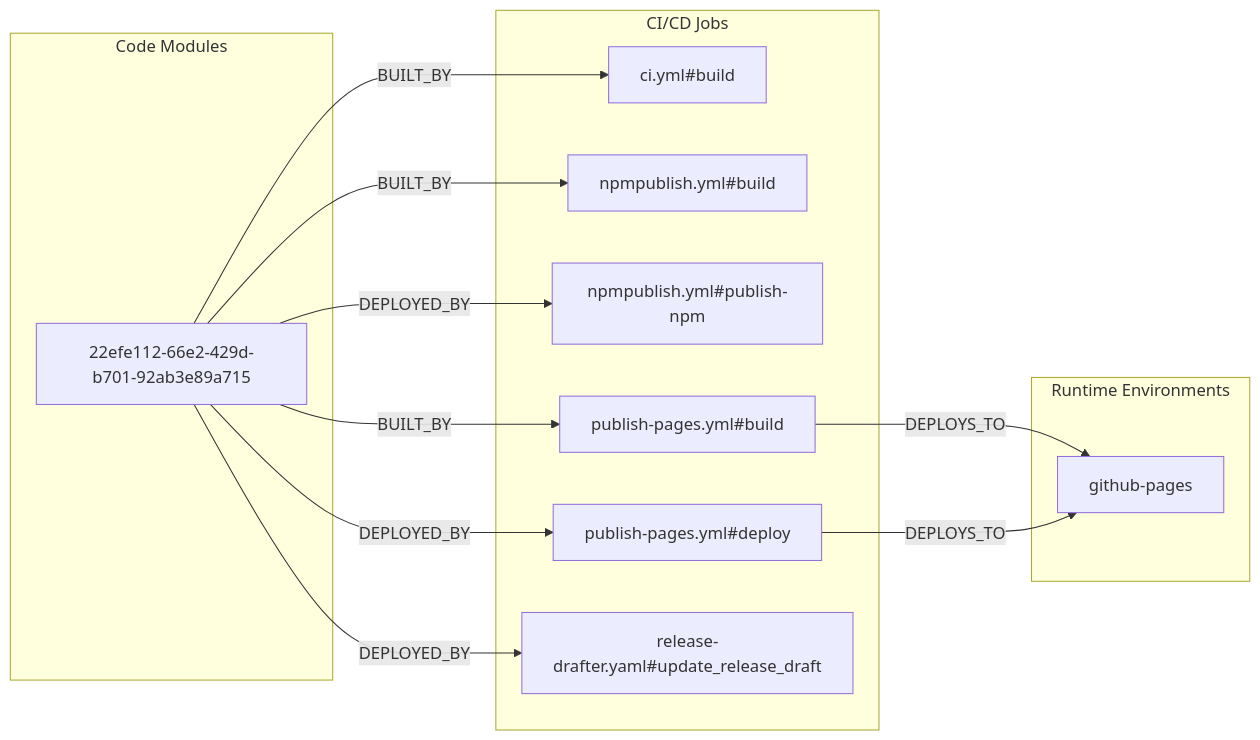
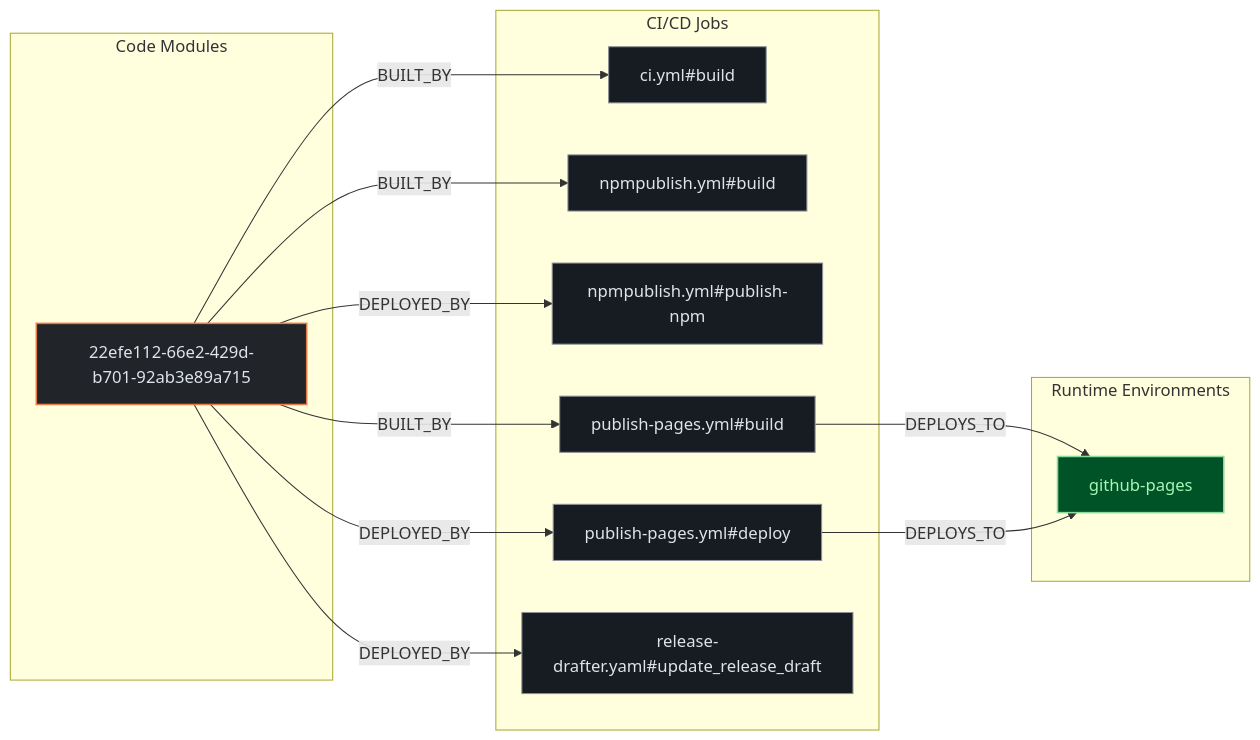
Before and after one commit to kumarshaz/atruss-code-atlas: the second of 3 diagrams in exports/latest/reports/home-assistant-home-assistant-js-websocket-report.md, drawn with Mermaid. The commit also changed other lines of this file and 331 other files, not shown here.

Commit message:
docs,ui,fix: update SDLC docs, reorder CI/CD DAG first, stylize Mermaid, and fix Arc42 pipeline topology

````diff
--- a/exports/latest/reports/home-assistant-home-assistant-js-websocket-report.md
+++ b/exports/latest/reports/home-assistant-home-assistant-js-websocket-report.md
@@ -88,25 +95,29 @@
 ```mermaid
 flowchart LR
+    classDef atlasCategory fill:#212428,stroke:#E87A48,stroke-width:1.5px,color:#dfe3eb
+    classDef atlasWorkflow fill:#1b2026,stroke:#a3c9ff,stroke-width:1.5px,color:#dfe3eb
+    classDef atlasJob fill:#171c22,stroke:#8d9199,stroke-width:1px,color:#dfe3eb
+    classDef atlasTarget fill:#005227,stroke:#8bd99b,stroke-width:1.5px,color:#a7f6b6
     subgraph code_modules["Code Modules"]
-        mod_22efe112_66e2_429d_b701_92ab3e89a715["22efe112-66e2-429d-b701-92ab3e89a715"]
+        mod_22efe112_66e2_429d_b701_92ab3e89a715["22efe112-66e2-429d-b701-92ab3e89a715"]:::atlasCategory
     end
     subgraph ci_jobs["CI/CD Jobs"]
-        job_ci_yml_build["ci.yml#build"]
-        job_npmpublish_yml_build["npmpublish.yml#build"]
-        job_npmpublish_yml_publish_npm["npmpublish.yml#publish-npm"]
-        job_publish_pages_yml_build["publish-pages.yml#build"]
-        job_publish_pages_yml_deploy["publish-pages.yml#deploy"]
-        job_release_drafter_yaml_update_release_draft["release-drafter.yaml#update_release_draft"]
+        job_ci_yml_build["ci.yml#build"]:::atlasJob
+        job_npmpublish_yml_build["npmpublish.yml#build"]:::atlasJob
+        job_npmpublish_yml_publish_npm["npmpublish.yml#publish-npm"]:::atlasJob
+        job_publish_pages_yml_build["publish-pages.yml#build"]:::atlasJob
+        job_publish_pages_yml_deploy["publish-pages.yml#deploy"]:::atlasJob
+        job_release_drafter_yaml_update_release_draft["release-drafter.yaml#update_release_draft"]:::atlasJob
     end
     subgraph runtime_envs["Runtime Environments"]
-        env_github_pages["github-pages"]
+        env_github_pages["github-pages"]:::atlasTarget
     end
     job_publish_pages_yml_build -->|DEPLOYS_TO| env_github_pages
     job_publish_pages_yml_deploy -->|DEPLOYS_TO| env_github_pages
     mod_22efe112_66e2_429d_b701_92ab3e89a715 -->|BUILT_BY| job_ci_yml_build
     mod_22efe112_66e2_429d_b701_92ab3e89a715 -->|BUILT_BY| job_npmpublish_yml_build
     mod_22efe112_66e2_429d_b701_92ab3e89a715 -->|BUILT_BY| job_publish_pages_yml_build
     mod_22efe112_66e2_429d_b701_92ab3e89a715 -->|DEPLOYED_BY| job_npmpublish_yml_publish_npm
     mod_22efe112_66e2_429d_b701_92ab3e89a715 -->|DEPLOYED_BY| job_publish_pages_yml_deploy
     mod_22efe112_66e2_429d_b701_92ab3e89a715 -->|DEPLOYED_BY| job_release_drafter_yaml_update_release_draft
 ```
````
